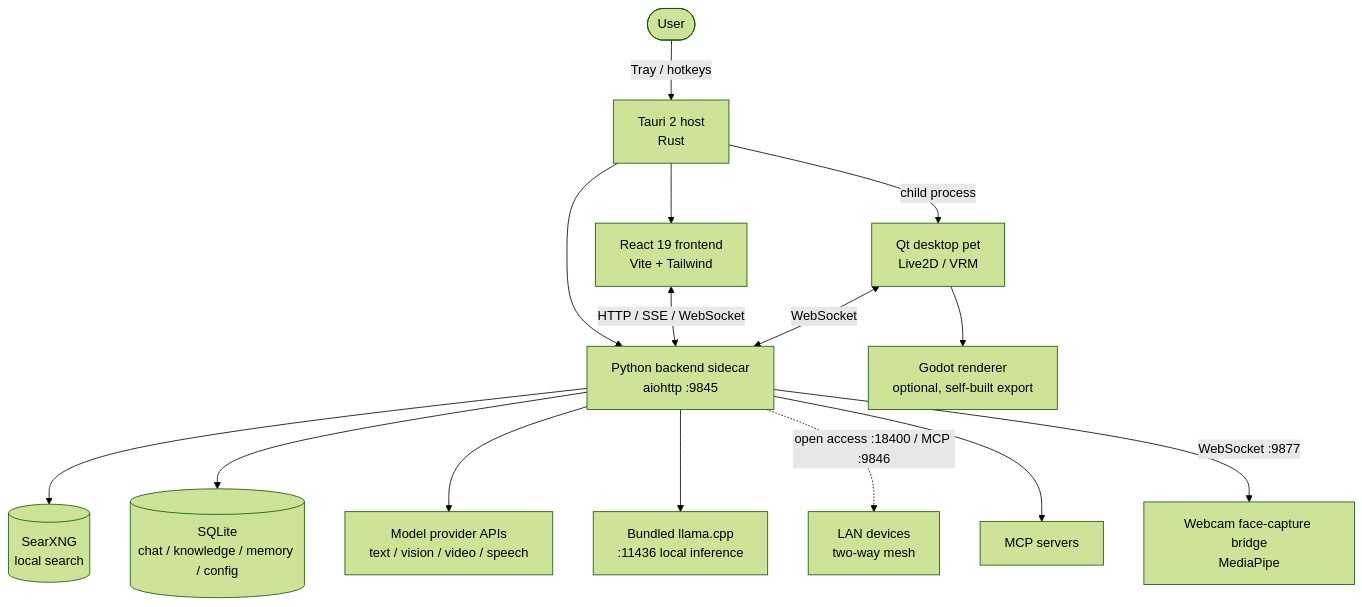
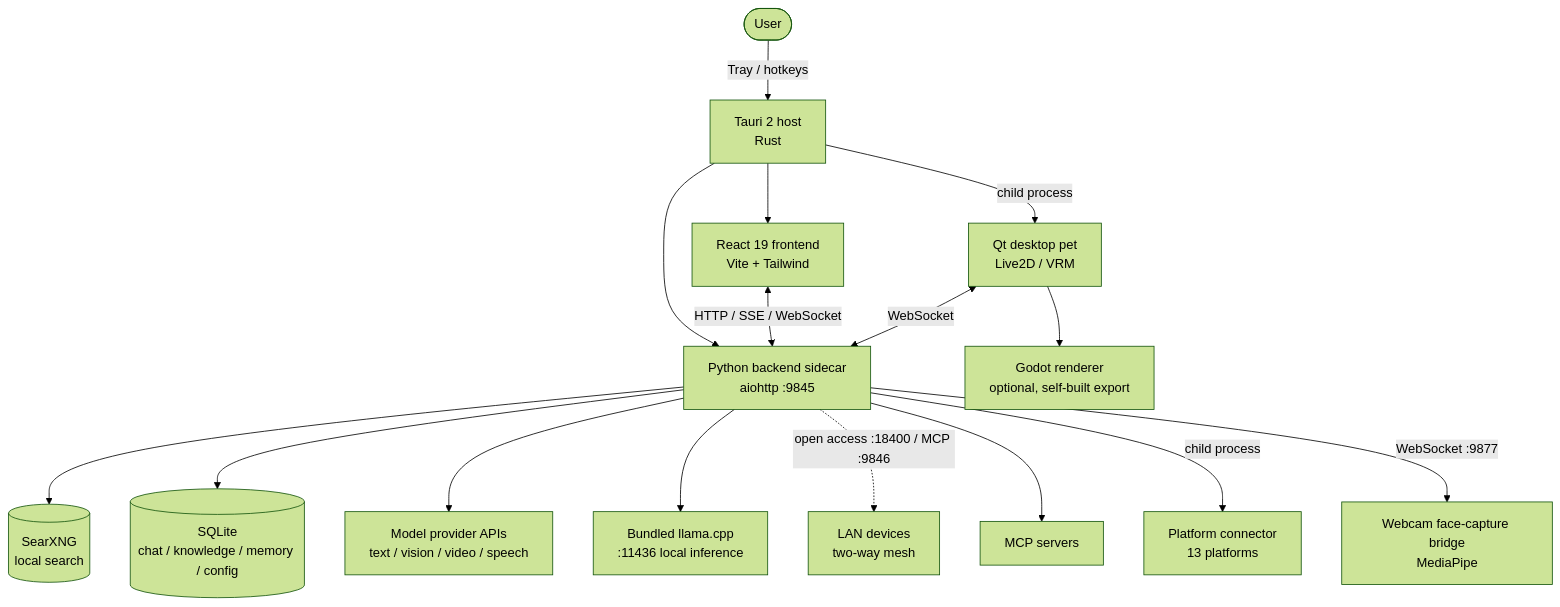
One commit to Hayliy/naixi-desktop changed the diagram in README_EN.md. Above: the diagram before and after it, drawn with Mermaid (forest theme). The commit also changed other lines of this file and 1 other file, not shown here.

````diff
--- a/README_EN.md
+++ b/README_EN.md
@@ -185,17 +198,18 @@
 ```mermaid
 graph TB
     User([User]) -->|Tray / hotkeys| Tauri[Tauri 2 host<br/>Rust]
     Tauri --> React[React 19 frontend<br/>Vite + Tailwind]
     Tauri --> Python[Python backend sidecar<br/>aiohttp :9845]
     React <-->|HTTP / SSE / WebSocket| Python
     Python --> Search[(SearXNG<br/>local search)]
     Python --> DB[(SQLite<br/>chat / knowledge / memory / config)]
     Python --> LLM[Model provider APIs<br/>text / vision / video / speech]
     Python --> Local[Bundled llama.cpp<br/>:11436 local inference]
     Python -.->|open access :18400 / MCP :9846| Mesh[LAN devices<br/>two-way mesh]
     Python --> MCP[MCP servers]
+    Python -->|child process| Conn[Platform connector<br/>13 platforms]
     Python -->|WebSocket :9877| Face[Webcam face-capture bridge<br/>MediaPipe]
     Tauri -->|child process| Pet[Qt desktop pet<br/>Live2D / VRM]
     Pet <-->|WebSocket| Python
     Pet --> Godot[Godot renderer<br/>optional, self-built export]
 ```
````
